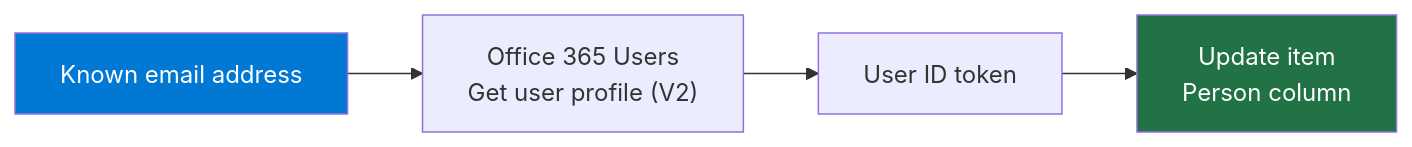
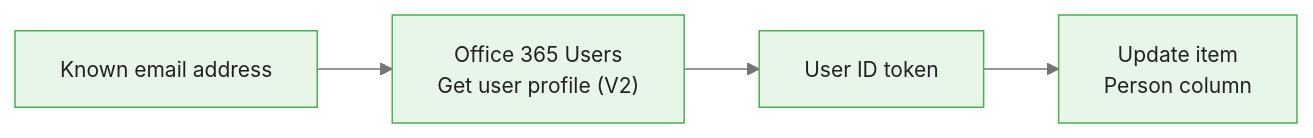
The fifth of 10 diagrams in courses/power-automate/modules/module_05_sharepoint_excel/guides/01_sharepoint_integration_slides.md (m-deane/course-creator), drawn with Mermaid before and after one commit. The commit also changed other lines of this file and 72 other files, not shown here.

````diff
--- a/courses/power-automate/modules/module_05_sharepoint_excel/guides/01_sharepoint_integration_slides.md
+++ b/courses/power-automate/modules/module_05_sharepoint_excel/guides/01_sharepoint_integration_slides.md
@@ -184,7 +201,6 @@
 ```mermaid
+%%{init: {"theme": "base", "themeVariables": {"primaryColor": "#e8f5e9", "primaryBorderColor": "#4caf50", "primaryTextColor": "#212121", "secondaryColor": "#e3f2fd", "tertiaryColor": "#fff8e1", "lineColor": "#757575", "fontFamily": "Inter, sans-serif", "fontSize": "14px"}}}%%
 graph LR
     E["Known email address"] --> OA["Office 365 Users\nGet user profile (V2)"]
     OA --> ID["User ID token"] --> SP["Update item\nPerson column"]
-    style E fill:#0078D4,color:#fff
-    style SP fill:#217346,color:#fff
 ```
````
